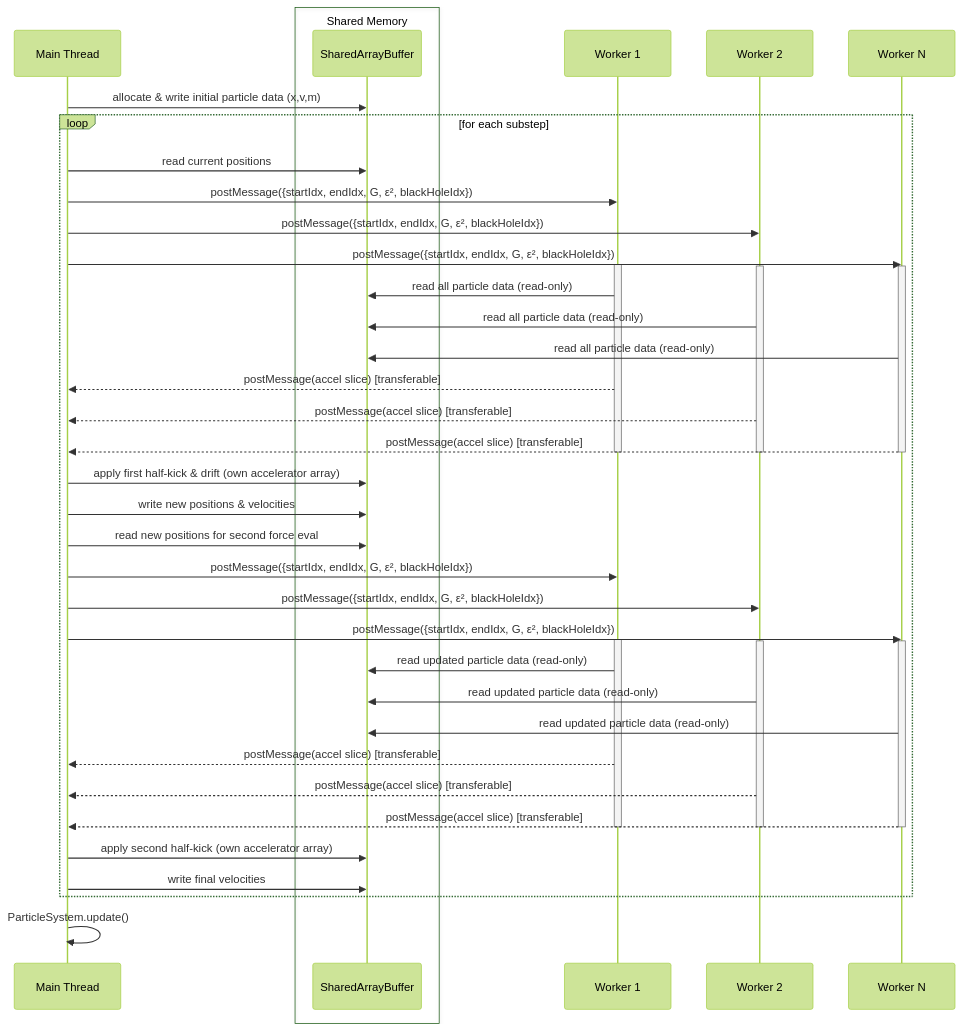
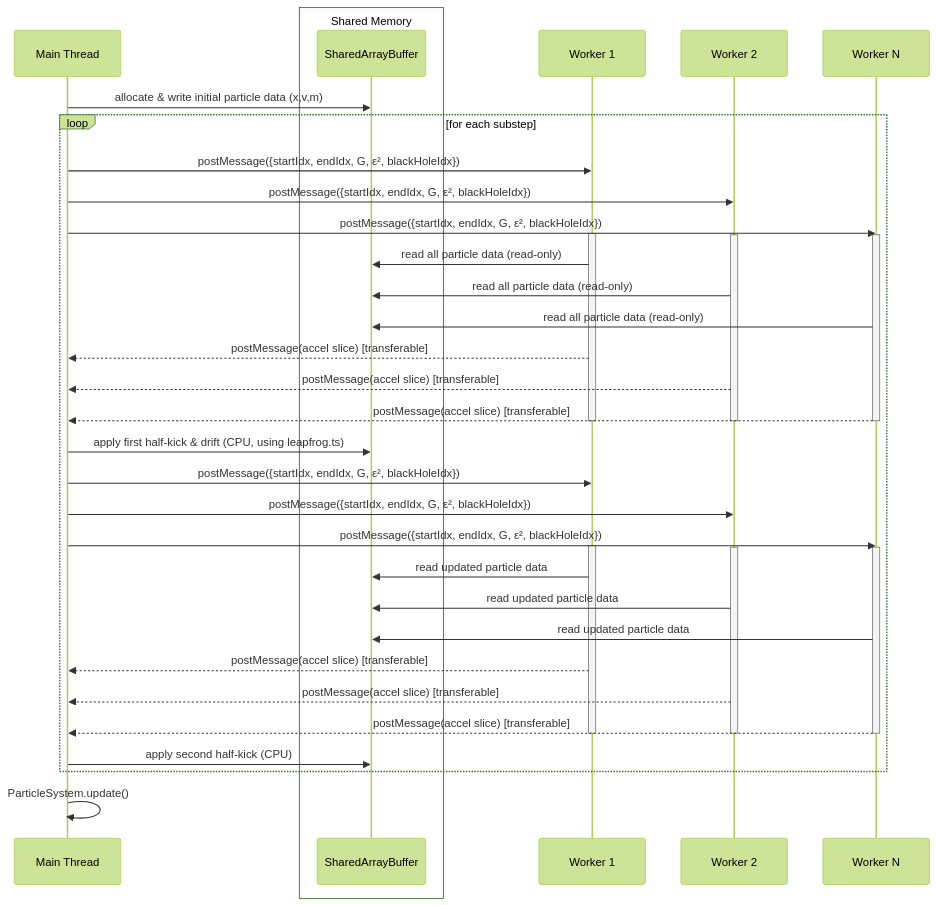
The fourth of 4 diagrams in README.md (richie-rich90454/n-body-sim), drawn with Mermaid (forest theme) before and after one commit. The commit also changed other lines of this file and 2 other files, not shown here.

Commit message:
docs: update README to reflect full GPU leapfrog integration and CPU fallback details

````diff
--- a/README.md
+++ b/README.md
@@ -157,51 +156,47 @@
 ```mermaid
 sequenceDiagram
     participant Main as Main Thread
     box Shared Memory
     participant SAB as SharedArrayBuffer
     end
     participant W1 as Worker 1
     participant W2 as Worker 2
     participant Wn as Worker N
 
     Main->>SAB: allocate & write initial particle data (x,v,m)
     loop for each substep
-        Main->>SAB: read current positions
         Main->>W1: postMessage({startIdx, endIdx, G, ε², blackHoleIdx})
         Main->>W2: postMessage({startIdx, endIdx, G, ε², blackHoleIdx})
         Main->>Wn: postMessage({startIdx, endIdx, G, ε², blackHoleIdx})
         activate W1
         activate W2
         activate Wn
         W1->>SAB: read all particle data (read-only)
         W2->>SAB: read all particle data (read-only)
         Wn->>SAB: read all particle data (read-only)
         W1-->>Main: postMessage(accel slice) [transferable]
         W2-->>Main: postMessage(accel slice) [transferable]
         Wn-->>Main: postMessage(accel slice) [transferable]
         deactivate W1
         deactivate W2
         deactivate Wn
-        Main->>SAB: apply first half‑kick & drift (own accelerator array)
-        Main->>SAB: write new positions & velocities
-        Main->>SAB: read new positions for second force eval
+        Main->>SAB: apply first half‑kick & drift (CPU, using leapfrog.ts)
         Main->>W1: postMessage({startIdx, endIdx, G, ε², blackHoleIdx})
         Main->>W2: postMessage({startIdx, endIdx, G, ε², blackHoleIdx})
         Main->>Wn: postMessage({startIdx, endIdx, G, ε², blackHoleIdx})
         activate W1
         activate W2
         activate Wn
-        W1->>SAB: read updated particle data (read-only)
-        W2->>SAB: read updated particle data (read-only)
-        Wn->>SAB: read updated particle data (read-only)
+        W1->>SAB: read updated particle data
+        W2->>SAB: read updated particle data
+        Wn->>SAB: read updated particle data
         W1-->>Main: postMessage(accel slice) [transferable]
         W2-->>Main: postMessage(accel slice) [transferable]
         Wn-->>Main: postMessage(accel slice) [transferable]
         deactivate W1
         deactivate W2
         deactivate Wn
-        Main->>SAB: apply second half‑kick (own accelerator array)
-        Main->>SAB: write final velocities
+        Main->>SAB: apply second half‑kick (CPU)
     end
     Main->>Main: ParticleSystem.update()
 ```
````
